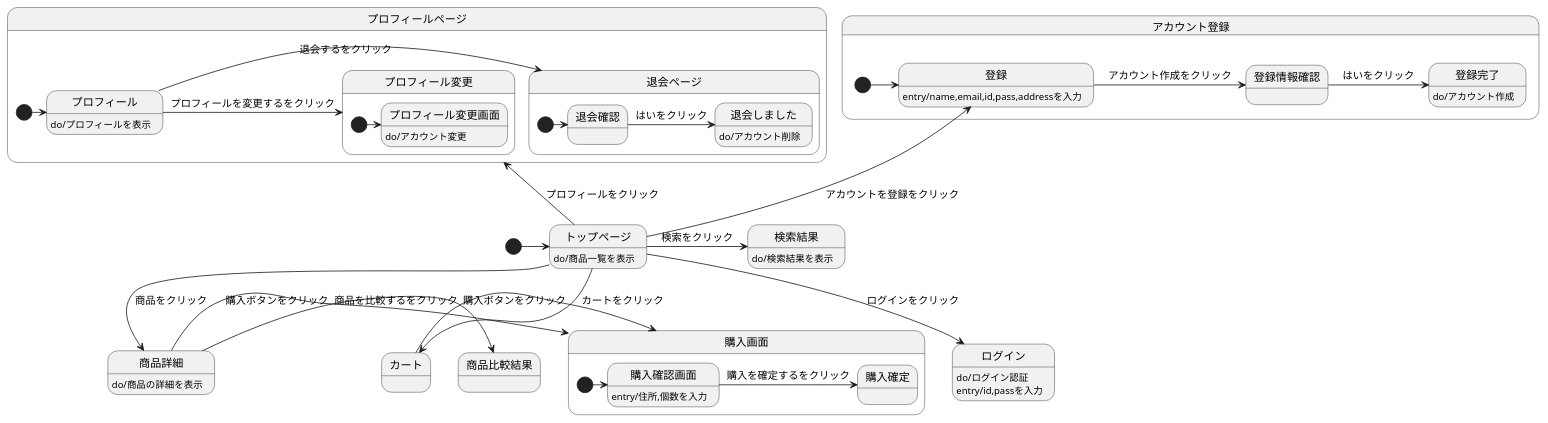
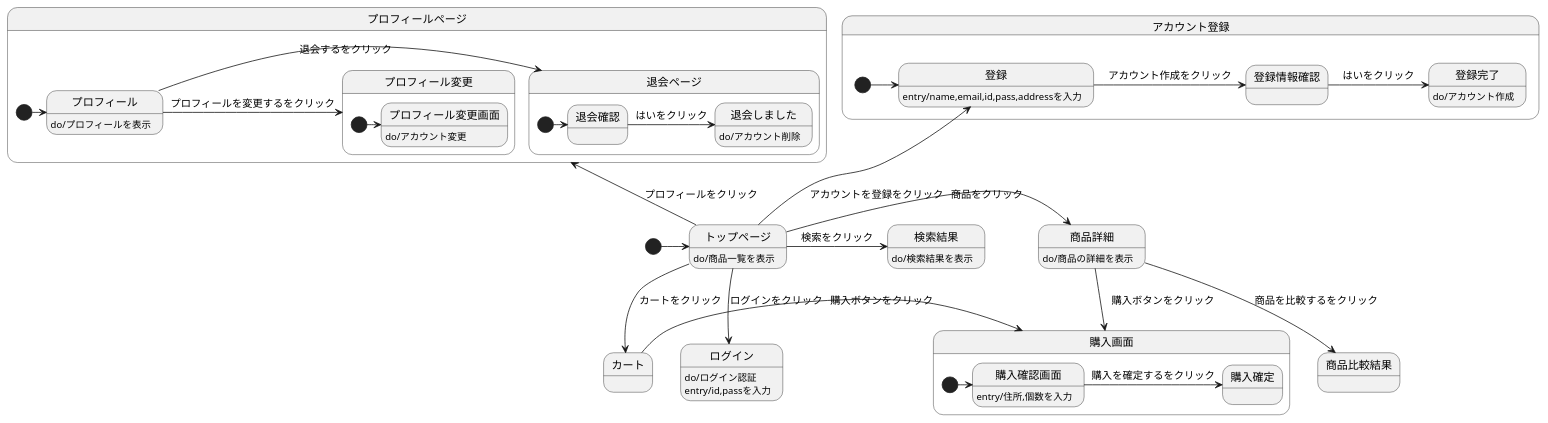
Before and after one commit to Aso2001159/2021sys-design: the diagram in stm01.md, drawn with PlantUML.

````diff
--- a/stm01.md
+++ b/stm01.md
@@ -1,48 +1,48 @@
 ```uml
 
 @startuml
 [*]->トップページ
 トップページ : do/商品一覧を表示
-トップページ-->商品詳細 : 商品をクリック
+トップページ->商品詳細 : 商品をクリック
   商品詳細 : do/商品の詳細を表示
-  商品詳細 -left-> 商品比較結果 : 商品を比較するをクリック
+  商品詳細 --> 商品比較結果 : 商品を比較するをクリック
   商品詳細-> 購入画面 :　購入ボタンをクリック
 トップページ-down->ログイン :ログインをクリック
   ログイン : do/ログイン認証
   ログイン : entry/id,passを入力
 トップページ-->カート :カートをクリック
 カート -> 購入画面 : 購入ボタンをクリック
 state 購入画面{
   [*]-> 購入確認画面
   購入確認画面 : entry/住所,個数を入力
   購入確認画面 -> 購入確定 : 購入を確定するをクリック
 }
 state アカウント登録{
 [*]-> 登録 
   トップページ-up-> 登録 :アカウントを登録をクリック
   登録 : entry/name,email,id,pass,addressを入力
   登録 ->登録情報確認: アカウント作成をクリック
   登録情報確認 -> 登録完了: はいをクリック
     登録完了: do/アカウント作成
   }
 トップページ->検索結果 :検索をクリック
   検索結果 : do/検索結果を表示
 トップページ-up->プロフィールページ :プロフィールをクリック
 state プロフィールページ{
 [*] -> プロフィール
 プロフィール : do/プロフィールを表示
   プロフィール ->退会ページ :退会するをクリック
   state 退会ページ{
     [*]-> 退会確認 
     退会確認-> 退会しました : はいをクリック
       退会しました : do/アカウント削除
     }
     プロフィール -> プロフィール変更 : プロフィールを変更するをクリック
     state プロフィール変更{
       [*]-> プロフィール変更画面
       プロフィール変更画面 : do/アカウント変更
     }
  }
 @enduml
 
 ```
````
